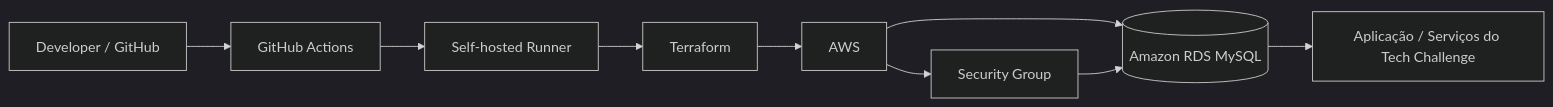
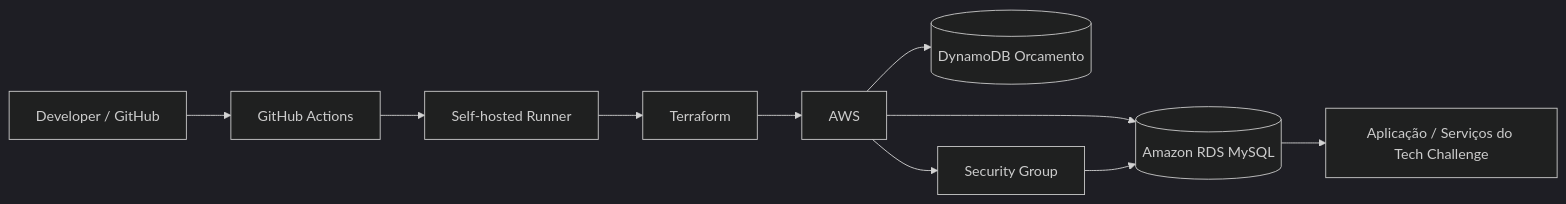
Before and after one commit to Maquese/techchallengeinfrards: the diagram in README.md, drawn with Mermaid (dark theme). The commit also changed other lines of this file and 3 other files, not shown here.

````diff
--- a/README.md
+++ b/README.md
@@ -98,11 +100,12 @@
 ```mermaid
 flowchart LR
     Dev[Developer / GitHub] --> GitHub[GitHub Actions]
     GitHub --> Runner[Self-hosted Runner]
     Runner --> Terraform[Terraform]
     Terraform --> AWS[AWS]
     AWS --> RDS[(Amazon RDS MySQL)]
+    AWS --> DynamoDB[(DynamoDB Orcamento)]
     AWS --> SG[Security Group]
     SG --> RDS
     RDS --> App[Aplicação / Serviços do Tech Challenge]
 ```
````
